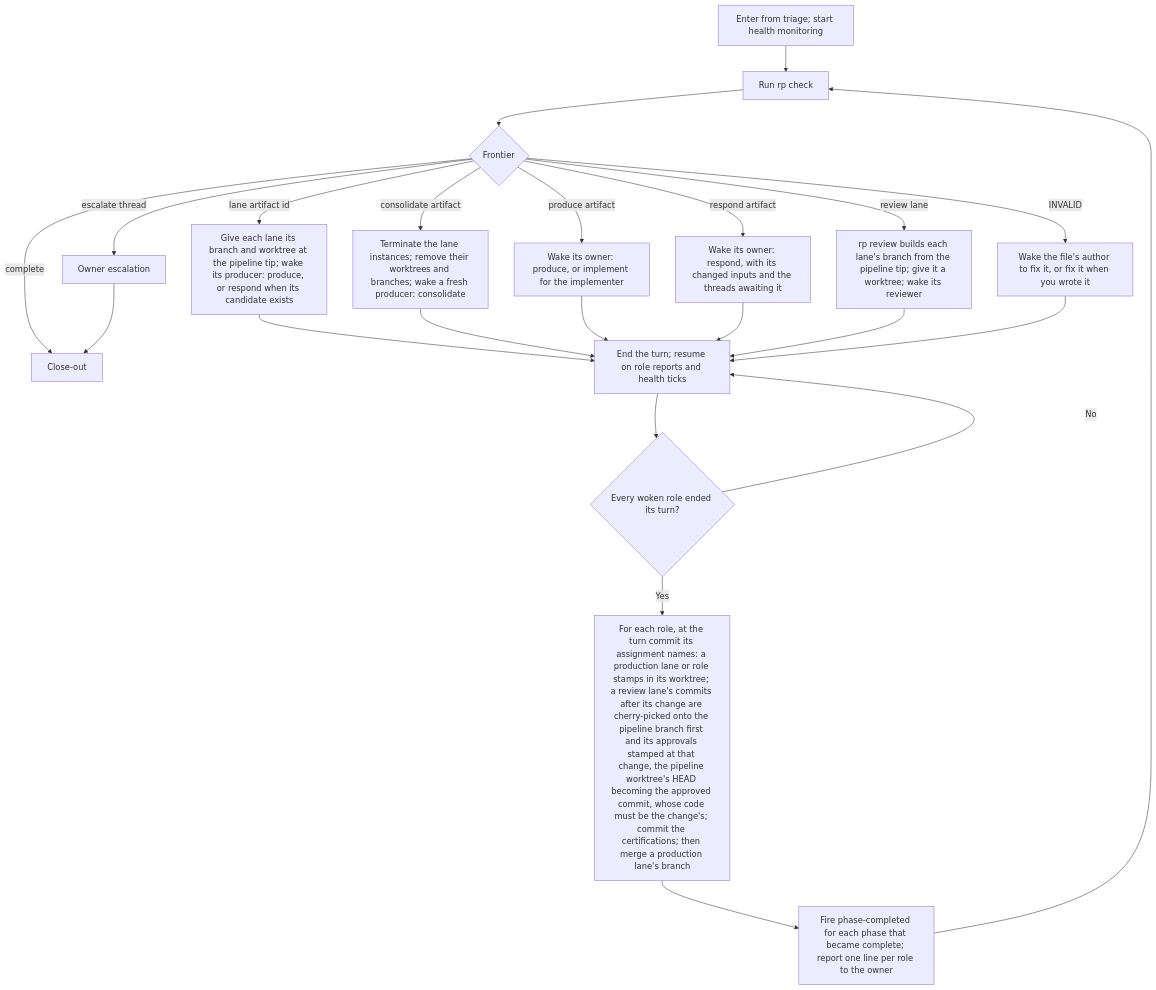
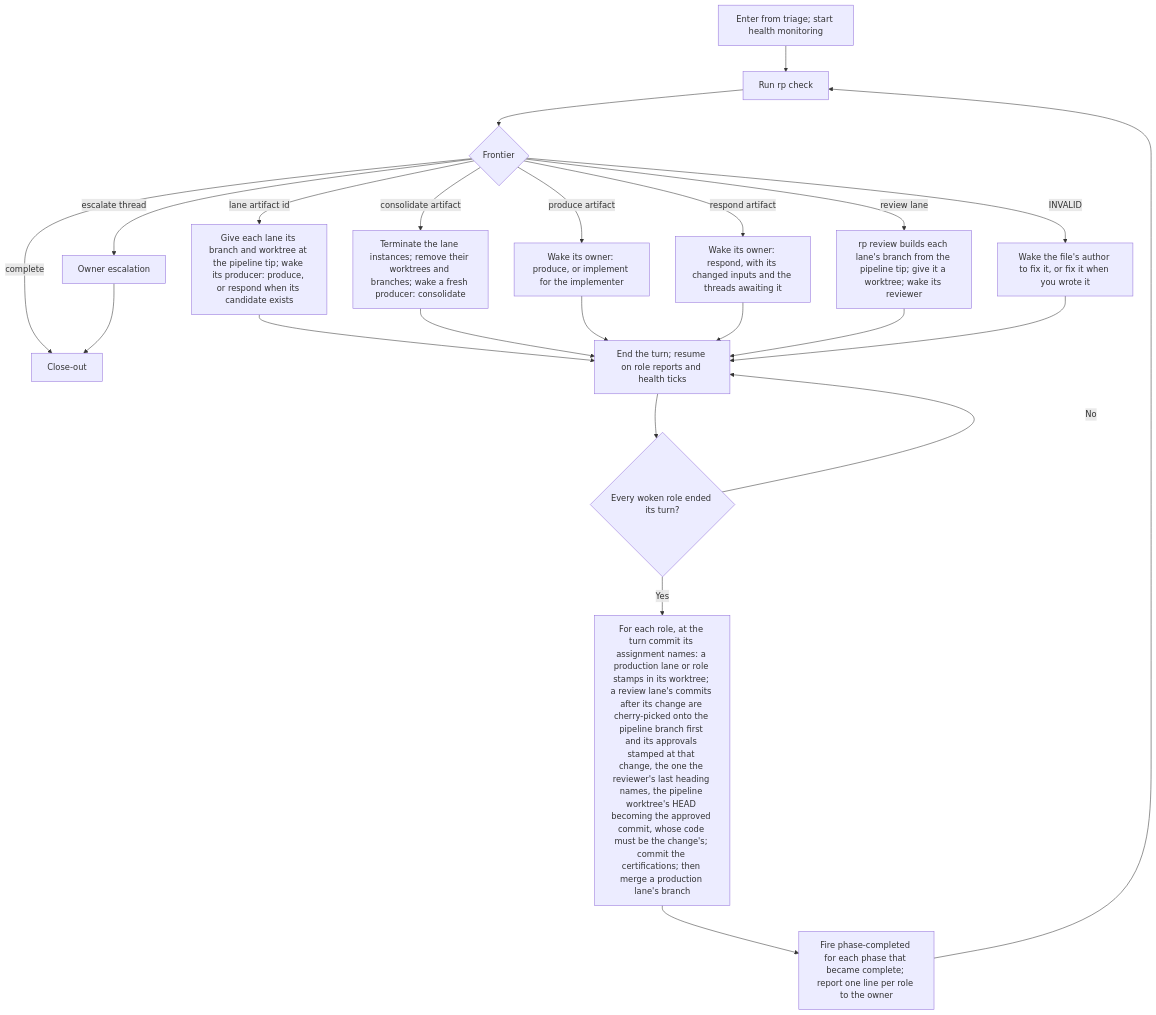
The diagram in docs/flowcharts/loop.md (Automattic/radical-pipelines), drawn with Mermaid before and after one commit. The commit also changed 6 other files, not shown here.

Commit message:
Stop stamping an approval at any commit but the change its reviewer's last heading names (implementer)

````diff
--- a/docs/flowcharts/loop.md
+++ b/docs/flowcharts/loop.md
@@ -5,25 +5,25 @@
 ```mermaid
 flowchart TD
     START["Enter from triage; start health monitoring"] --> A["Run rp check"]
     A --> C{"Frontier"}
     C -->|INVALID| AUTHOR["Wake the file's author to fix it, or fix it when you wrote it"]
     C -->|escalate thread| OE["Owner escalation"]
     C -->|lane artifact id| LANE["Give each lane its branch and worktree at the pipeline tip; wake its producer: produce, or respond when its candidate exists"]
     C -->|consolidate artifact| CON["Terminate the lane instances; remove their worktrees and branches; wake a fresh producer: consolidate"]
     C -->|produce artifact| PRODUCE["Wake its owner: produce, or implement for the implementer"]
     C -->|respond artifact| RESPOND["Wake its owner: respond, with its changed inputs and the threads awaiting it"]
     C -->|review lane| REVIEW["rp review builds each lane's branch from the pipeline tip; give it a worktree; wake its reviewer"]
     C -->|complete| CLOSE["Close-out"]
     OE --> CLOSE
     LANE --> WAIT
     CON --> WAIT
     PRODUCE --> WAIT
     RESPOND --> WAIT
     REVIEW --> WAIT
     AUTHOR --> WAIT
     WAIT["End the turn; resume on role reports and health ticks"] --> ENDED{"Every woken role ended its turn?"}
     ENDED -->|No| WAIT
-    ENDED -->|Yes| LAND["For each role, at the turn commit its assignment names: a production lane or role stamps in its worktree; a review lane's commits after its change are cherry-picked onto the pipeline branch first and its approvals stamped at that change, the pipeline worktree's HEAD becoming the approved commit, whose code must be the change's; commit the certifications; then merge a production lane's branch"]
+    ENDED -->|Yes| LAND["For each role, at the turn commit its assignment names: a production lane or role stamps in its worktree; a review lane's commits after its change are cherry-picked onto the pipeline branch first and its approvals stamped at that change, the one the reviewer's last heading names, the pipeline worktree's HEAD becoming the approved commit, whose code must be the change's; commit the certifications; then merge a production lane's branch"]
     LAND --> PC["Fire phase-completed for each phase that became complete; report one line per role to the owner"]
     PC --> A
 ```
````
